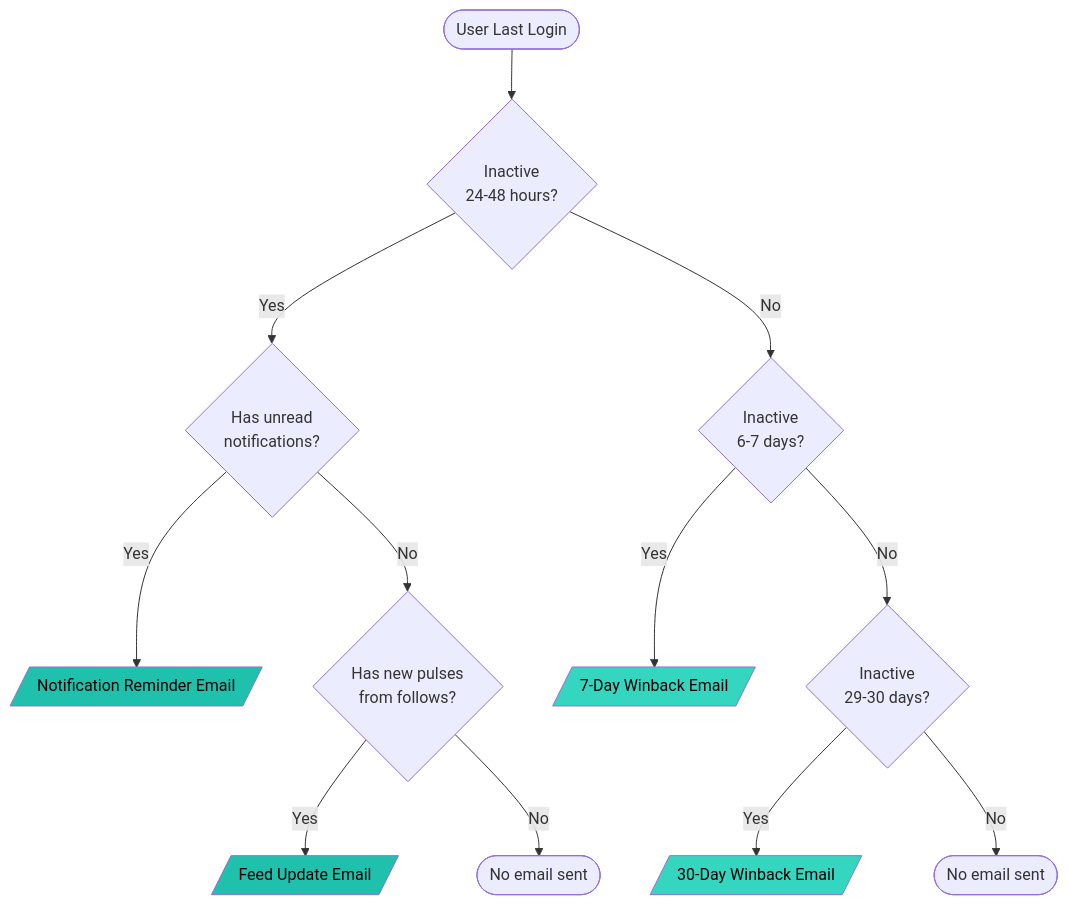
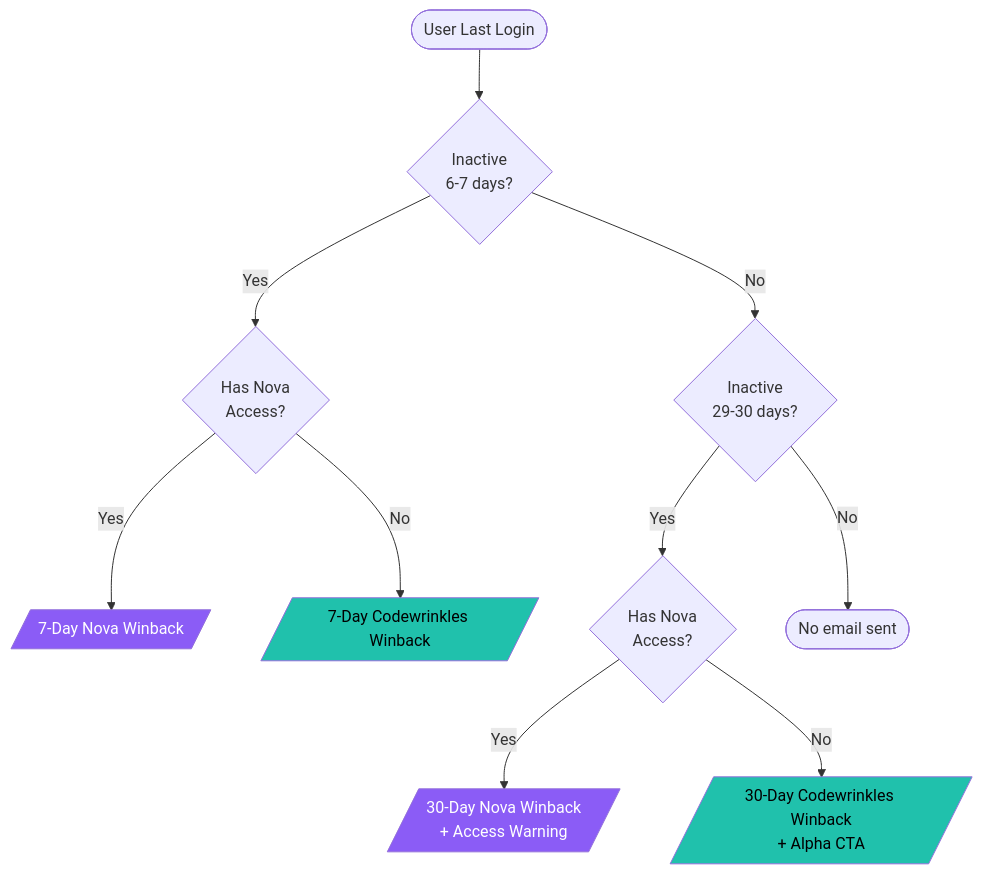
One commit to Codewrinkles/universe changed the second of 3 diagrams in docs/features/email/README.md. Above: the diagram before and after it, drawn with Mermaid. The commit also changed other lines of this file and 15 other files, not shown here.

First line of the commit message:
refactor: Simplify email re-engagement to Nova-aware winback system

````diff
--- a/docs/features/email/README.md
+++ b/docs/features/email/README.md
@@ -131,24 +124,21 @@
 ```mermaid
 flowchart TD
-    Start([User Last Login]) --> Check24{Inactive<br/>24-48 hours?}
+    Start([User Last Login]) --> Check7{Inactive<br/>6-7 days?}
 
-    Check24 -->|Yes| HasNotif{Has unread<br/>notifications?}
-    Check24 -->|No| Check7{Inactive<br/>6-7 days?}
-
-    HasNotif -->|Yes| NotifEmail[/Notification Reminder Email/]
-    HasNotif -->|No| HasFeed{Has new pulses<br/>from follows?}
-
-    HasFeed -->|Yes| FeedEmail[/Feed Update Email/]
-    HasFeed -->|No| NoEmail1([No email sent])
-
-    Check7 -->|Yes| Winback7[/7-Day Winback Email/]
+    Check7 -->|Yes| HasNova7{Has Nova<br/>Access?}
     Check7 -->|No| Check30{Inactive<br/>29-30 days?}
 
-    Check30 -->|Yes| Winback30[/30-Day Winback Email/]
-    Check30 -->|No| NoEmail2([No email sent])
+    HasNova7 -->|Yes| Nova7[/7-Day Nova Winback/]
+    HasNova7 -->|No| CW7[/7-Day Codewrinkles Winback/]
 
-    style NotifEmail fill:#20C1AC,color:#000
-    style FeedEmail fill:#20C1AC,color:#000
-    style Winback7 fill:#35D6C0,color:#000
-    style Winback30 fill:#35D6C0,color:#000
+    Check30 -->|Yes| HasNova30{Has Nova<br/>Access?}
+    Check30 -->|No| NoEmail([No email sent])
+
+    HasNova30 -->|Yes| Nova30[/30-Day Nova Winback<br/>+ Access Warning/]
+    HasNova30 -->|No| CW30[/30-Day Codewrinkles Winback<br/>+ Alpha CTA/]
+
+    style Nova7 fill:#8B5CF6,color:#fff
+    style Nova30 fill:#8B5CF6,color:#fff
+    style CW7 fill:#20C1AC,color:#000
+    style CW30 fill:#20C1AC,color:#000
 ```
````
